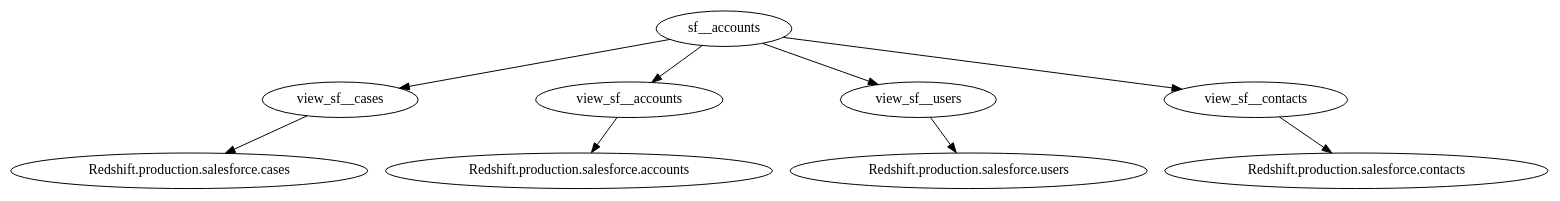
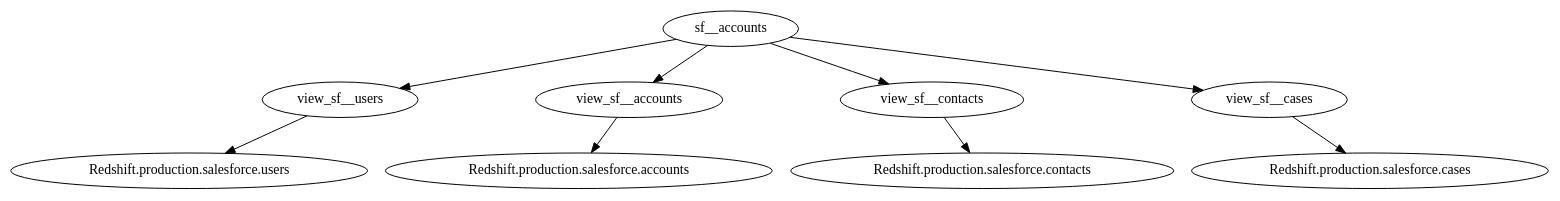
Before and after one commit to vickyjkwan/gazetteer: the diagram in test_folder/graphs/sf__accounts.gv, drawn with Graphviz. The commit also changed other lines of this file and 19 other files, not shown here.

Commit message:
completed traverse problem; need to figure out how to name views

```diff
--- a/test_folder/graphs/sf__accounts.gv
+++ b/test_folder/graphs/sf__accounts.gv
@@ -1,19 +1,19 @@
 digraph sf__accounts {
 	sf__accounts [label=sf__accounts]
+	view_sf__users [label=view_sf__users]
+	sf__accounts -> view_sf__users [label=""]
+	"Redshift.production.salesforce.users" [label="Redshift.production.salesforce.users"]
+	view_sf__users -> "Redshift.production.salesforce.users"
+	view_sf__accounts [label=view_sf__accounts]
+	sf__accounts -> view_sf__accounts [label=""]
+	"Redshift.production.salesforce.accounts" [label="Redshift.production.salesforce.accounts"]
+	view_sf__accounts -> "Redshift.production.salesforce.accounts"
+	view_sf__contacts [label=view_sf__contacts]
+	sf__accounts -> view_sf__contacts [label=""]
+	"Redshift.production.salesforce.contacts" [label="Redshift.production.salesforce.contacts"]
+	view_sf__contacts -> "Redshift.production.salesforce.contacts"
 	view_sf__cases [label=view_sf__cases]
 	sf__accounts -> view_sf__cases [label=""]
 	"Redshift.production.salesforce.cases" [label="Redshift.production.salesforce.cases"]
 	view_sf__cases -> "Redshift.production.salesforce.cases"
-	view_sf__accounts [label=view_sf__accounts]
-	sf__accounts -> view_sf__accounts [label=""]
-	"Redshift.production.salesforce.accounts" [label="Redshift.production.salesforce.accounts"]
-	view_sf__accounts -> "Redshift.production.salesforce.accounts"
-	view_sf__users [label=view_sf__users]
-	sf__accounts -> view_sf__users [label=""]
-	"Redshift.production.salesforce.users" [label="Redshift.production.salesforce.users"]
-	view_sf__users -> "Redshift.production.salesforce.users"
-	view_sf__contacts [label=view_sf__contacts]
-	sf__accounts -> view_sf__contacts [label=""]
-	"Redshift.production.salesforce.contacts" [label="Redshift.production.salesforce.contacts"]
-	view_sf__contacts -> "Redshift.production.salesforce.contacts"
 }
```
